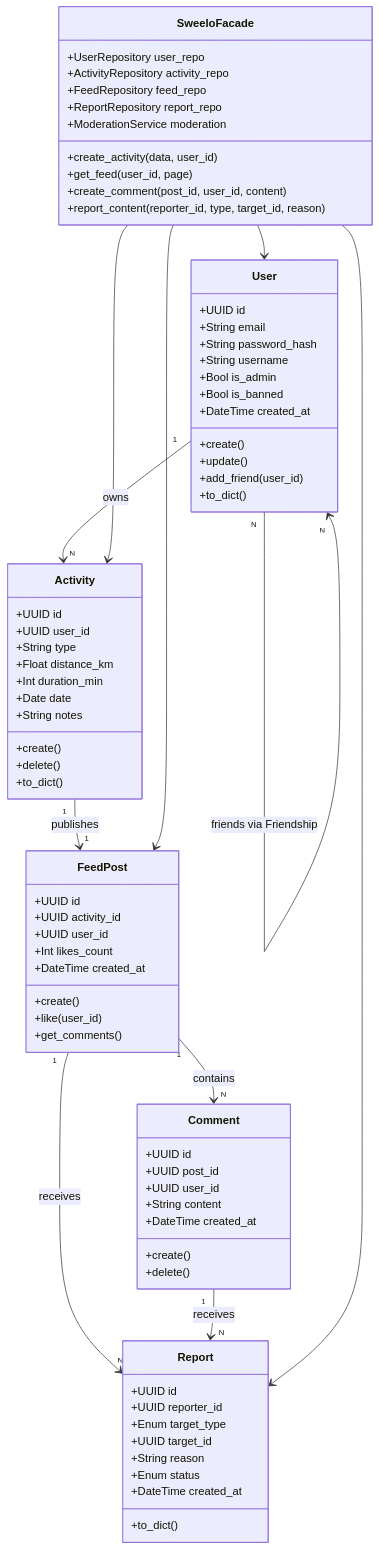
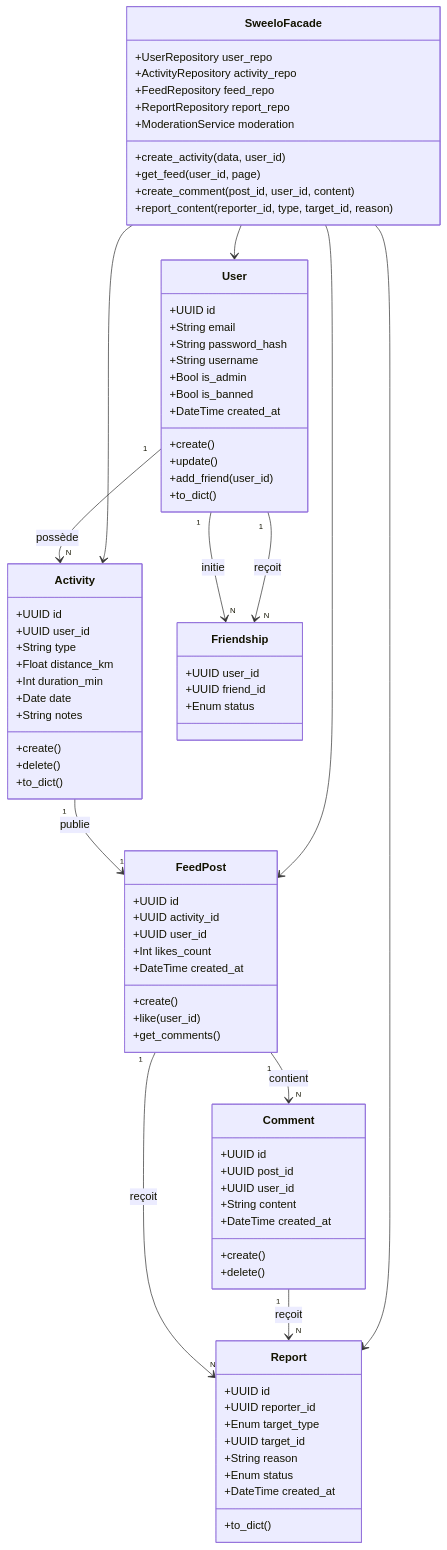
The second of 9 diagrams in EN-README.md (arthurmoulard/Sweelo_APP), drawn with Mermaid before and after one commit. The commit also changed 1 other file, not shown here.

Commit message:
fix : update the readme with modify diagrams

```diff
--- a/EN-README.md
+++ b/EN-README.md
@@ -172,7 +172,7 @@
         +add_friend(user_id)
         +to_dict()
     }
-
+ 
     class Activity {
         +UUID id
         +UUID user_id
@@ -185,7 +185,7 @@
         +delete()
         +to_dict()
     }
-
+ 
     class FeedPost {
         +UUID id
         +UUID activity_id
@@ -196,7 +196,7 @@
         +like(user_id)
         +get_comments()
     }
-
+ 
     class Comment {
         +UUID id
         +UUID post_id
@@ -206,7 +206,7 @@
         +create()
         +delete()
     }
-
+ 
     class Report {
         +UUID id
         +UUID reporter_id
@@ -217,7 +217,13 @@
         +DateTime created_at
         +to_dict()
     }
-
+ 
+    class Friendship {
+        +UUID user_id
+        +UUID friend_id
+        +Enum status
+    }
+ 
     class SweeloFacade {
         +UserRepository user_repo
         +ActivityRepository activity_repo
@@ -229,13 +235,14 @@
         +create_comment(post_id, user_id, content)
         +report_content(reporter_id, type, target_id, reason)
     }
-
-    User "1" --> "N" Activity : owns
-    User "N" --> "N" User : friends via Friendship
-    Activity "1" --> "1" FeedPost : publishes
-    FeedPost "1" --> "N" Comment : contains
-    FeedPost "1" --> "N" Report : receives
-    Comment "1" --> "N" Report : receives
+ 
+    User "1" --> "N" Activity : possède
+    User "1" --> "N" Friendship : initie
+    User "1" --> "N" Friendship : reçoit
+    Activity "1" --> "1" FeedPost : publie
+    FeedPost "1" --> "N" Comment : contient
+    FeedPost "1" --> "N" Report : reçoit
+    Comment "1" --> "N" Report : reçoit
     SweeloFacade --> User
     SweeloFacade --> Activity
     SweeloFacade --> FeedPost
```
